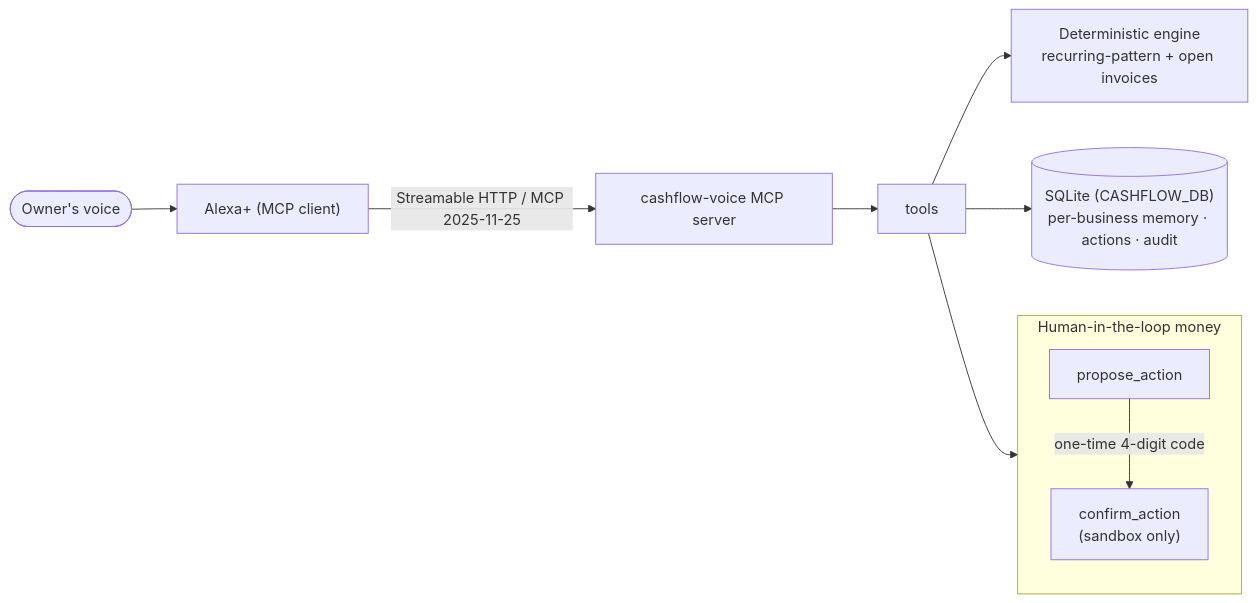
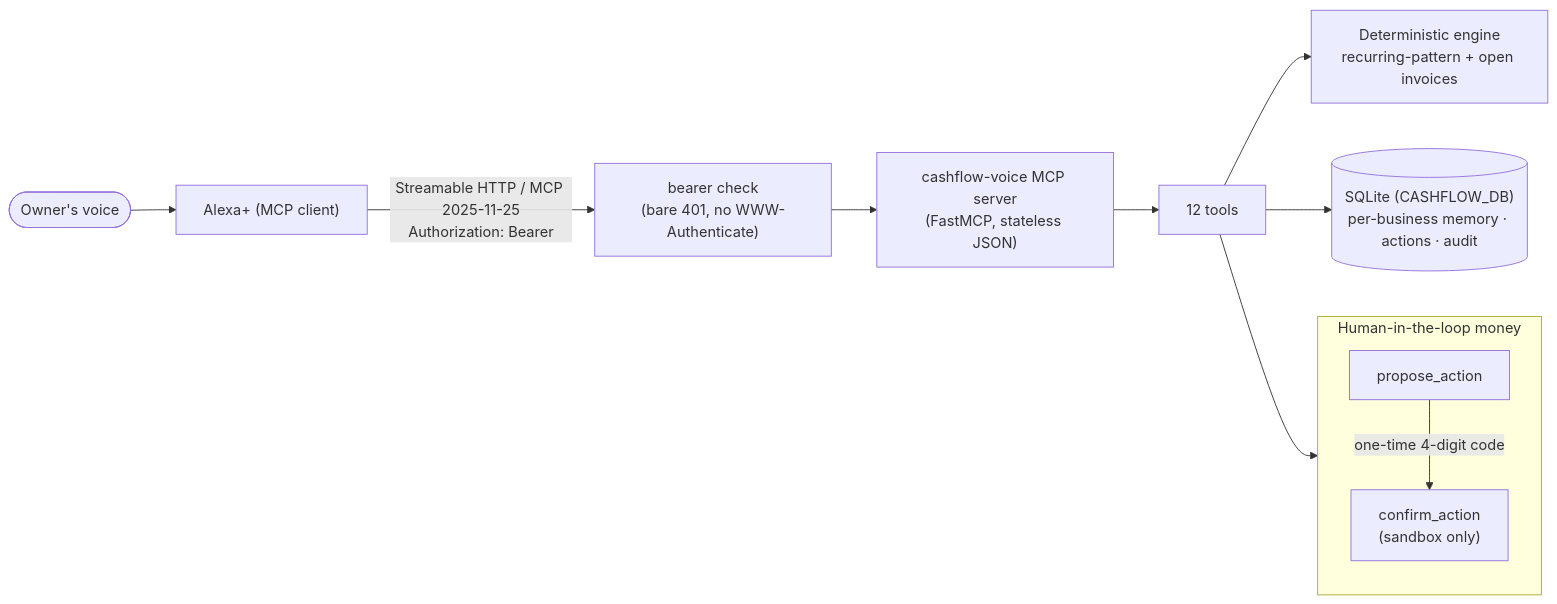
One commit to taku629/cashflow-voice-mcp changed the diagram in README.md. Above: the diagram before and after it, drawn with Mermaid. The commit also changed other lines of this file and 8 other files, not shown here.

````diff
--- a/README.md
+++ b/README.md
@@ -34,12 +53,13 @@
 ```mermaid
 flowchart LR
     U(["Owner's voice"]) --> A
-    A["Alexa+ (MCP client)"] -- "Streamable HTTP / MCP 2025-11-25" --> M["cashflow-voice MCP server"]
-    M --> T["tools"]
+    A["Alexa+ (MCP client)"] -- "Streamable HTTP / MCP 2025-11-25<br>Authorization: Bearer" --> G["bearer check<br>(bare 401, no WWW-Authenticate)"]
+    G --> M["cashflow-voice MCP server<br>(FastMCP, stateless JSON)"]
+    M --> T["12 tools"]
     T --> E["Deterministic engine<br>recurring-pattern + open invoices"]
     T --> D[("SQLite (CASHFLOW_DB)<br>per-business memory · actions · audit")]
     subgraph hitl["Human-in-the-loop money"]
         P["propose_action"] -- "one-time 4-digit code" --> C["confirm_action<br>(sandbox only)"]
     end
     T --> hitl
 ```
````
